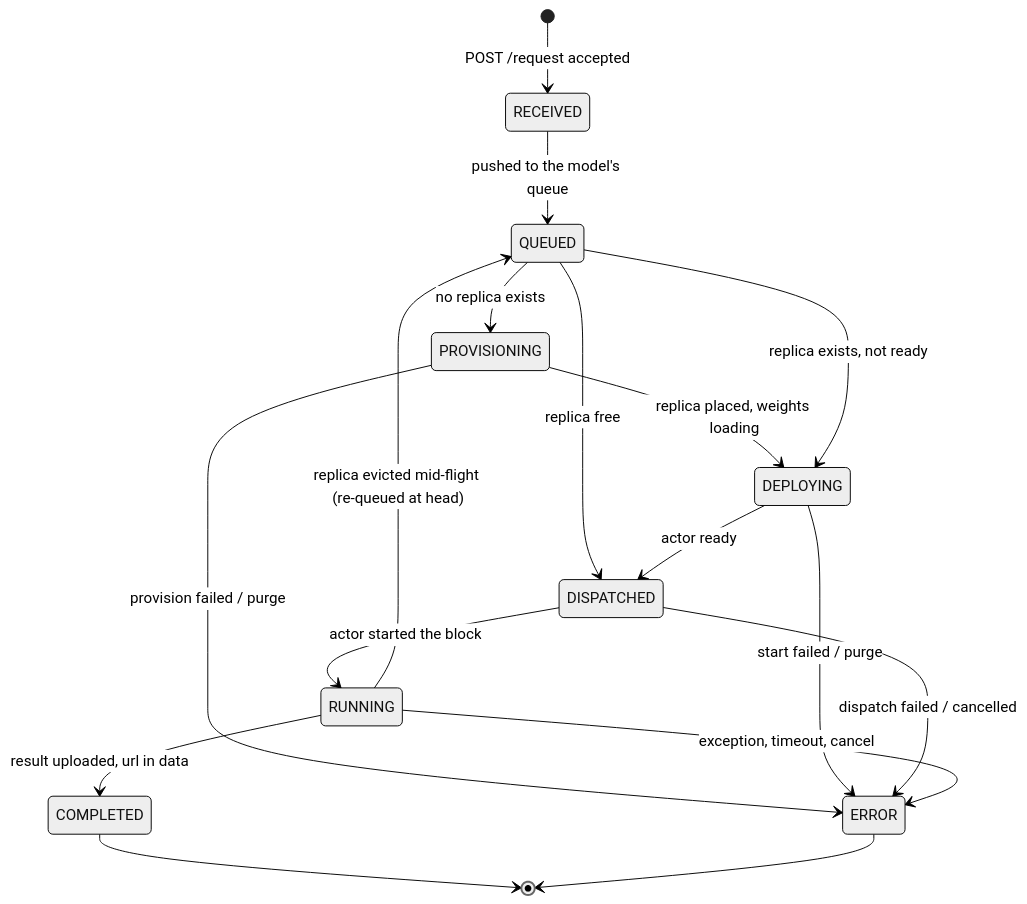
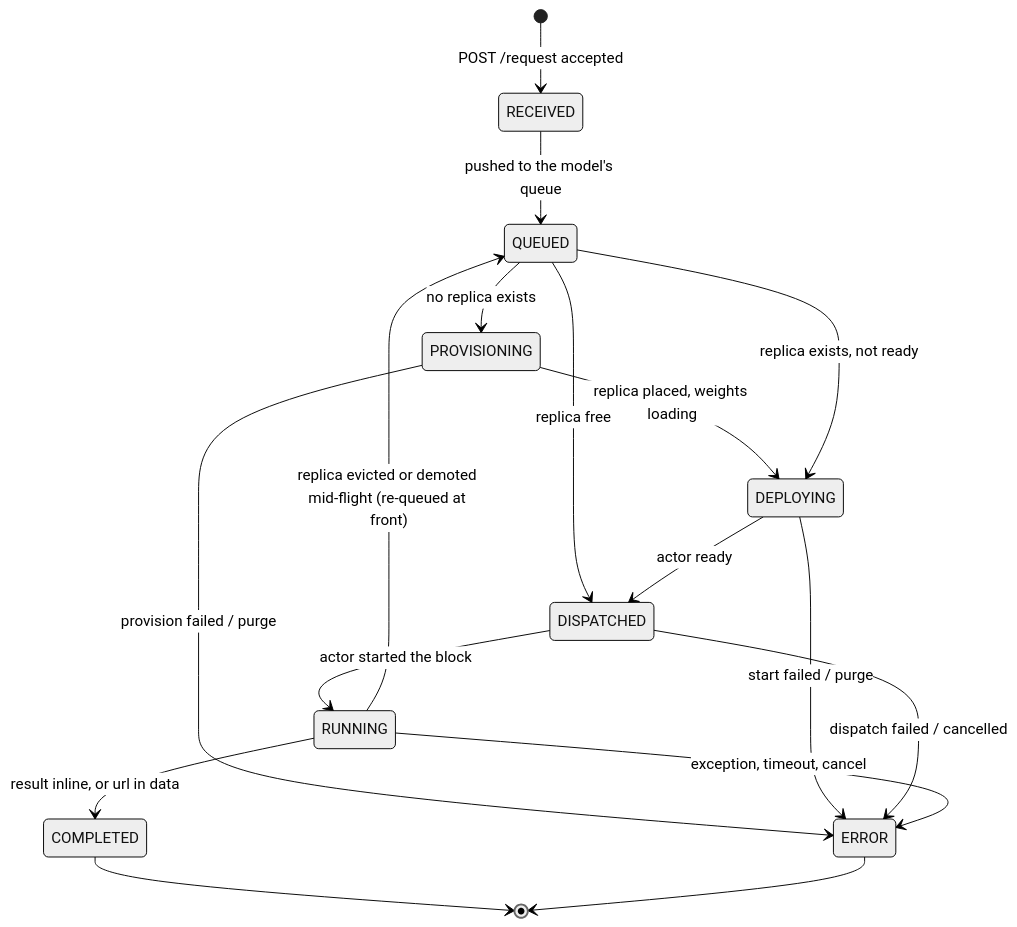
The diagram in docs/reference/schemas.md (ndif-team/ndif), drawn with Mermaid (neutral theme) before and after one commit. The commit also changed other lines of this file and 7 other files, not shown here.

````diff
--- a/docs/reference/schemas.md
+++ b/docs/reference/schemas.md
@@ -172,19 +132,19 @@
 ```mermaid
 stateDiagram-v2
     [*] --> RECEIVED: POST /request accepted
     RECEIVED --> QUEUED: pushed to the model's queue
     QUEUED --> PROVISIONING: no replica exists
     PROVISIONING --> DEPLOYING: replica placed, weights loading
     QUEUED --> DEPLOYING: replica exists, not ready
     QUEUED --> DISPATCHED: replica free
     DEPLOYING --> DISPATCHED: actor ready
     DISPATCHED --> RUNNING: actor started the block
-    RUNNING --> COMPLETED: result uploaded, url in data
-    RUNNING --> QUEUED: replica evicted mid-flight (re-queued at head)
+    RUNNING --> COMPLETED: result inline, or url in data
+    RUNNING --> QUEUED: replica evicted or demoted mid-flight (re-queued at front)
     PROVISIONING --> ERROR: provision failed / purge
     DEPLOYING --> ERROR: start failed / purge
     DISPATCHED --> ERROR: dispatch failed / cancelled
     RUNNING --> ERROR: exception, timeout, cancel
     COMPLETED --> [*]
     ERROR --> [*]
 ```
````
